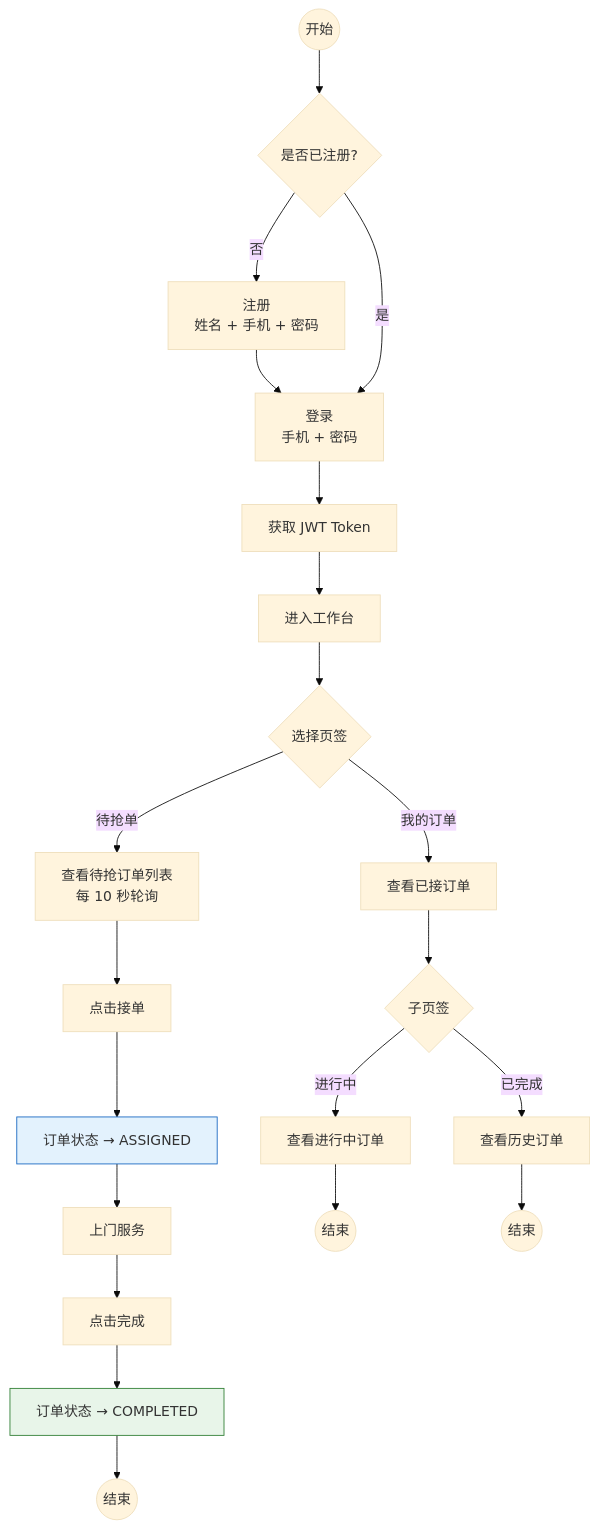
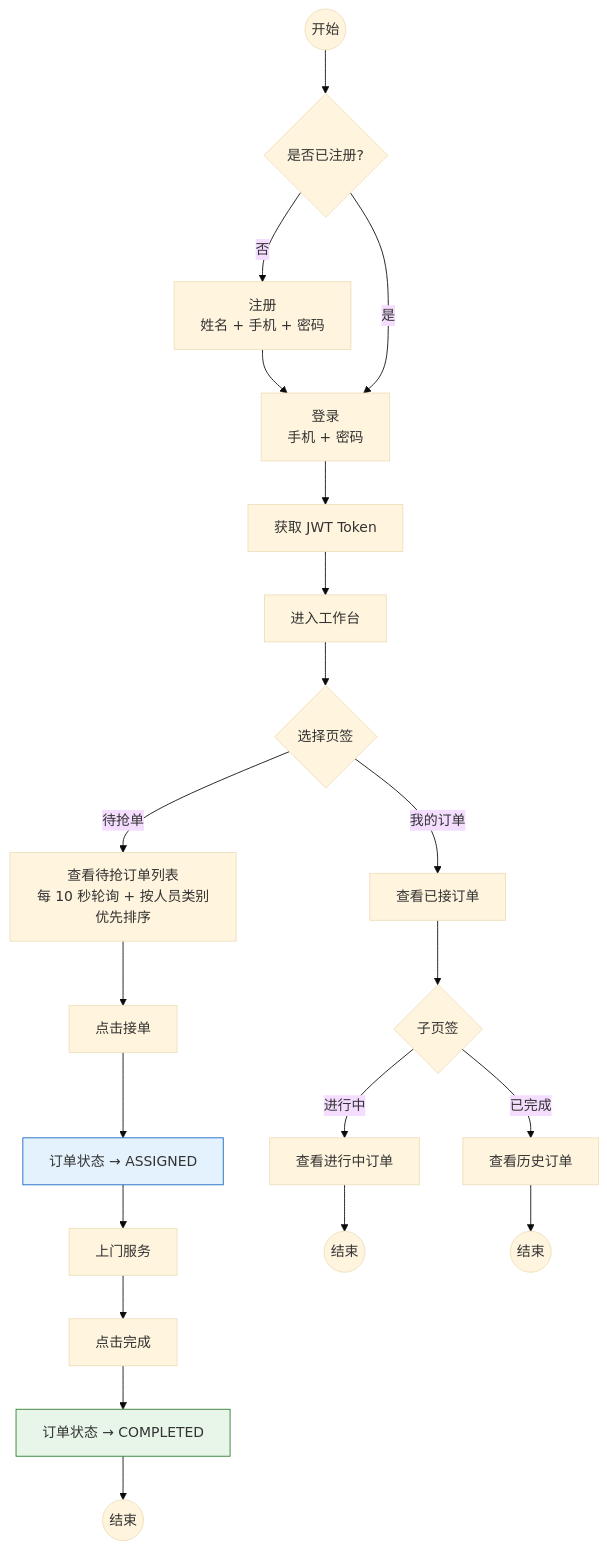
One commit to SeptThirteen/WeChat-Mini-Program changed the third of 3 diagrams in md/diagrams/04-业务流程图.md. Above: the diagram before and after it, drawn with Mermaid (base theme). The commit also changed other lines of this file and 151 other files, not shown here.

````diff
--- a/md/diagrams/04-业务流程图.md
+++ b/md/diagrams/04-业务流程图.md
@@ -65,30 +70,30 @@
 ```mermaid
 flowchart TD
     START((开始)) --> REG_CHK{是否已注册?}
     REG_CHK -->|否| REGISTER[注册<br/>姓名 + 手机 + 密码]
     REGISTER --> LOGIN
     REG_CHK -->|是| LOGIN[登录<br/>手机 + 密码]
 
     LOGIN --> TOKEN[获取 JWT Token]
     TOKEN --> DASH[进入工作台]
 
     DASH --> TAB{选择页签}
-    TAB -->|待抢单| PENDING[查看待抢订单列表<br/>每 10 秒轮询]
+    TAB -->|待抢单| PENDING[查看待抢订单列表<br/>每 10 秒轮询 + 按人员类别优先排序]
     TAB -->|我的订单| MY[查看已接订单]
 
     PENDING --> ACCEPT[点击接单]
     ACCEPT --> ASSIGNED[订单状态 → ASSIGNED]
     ASSIGNED --> DO_SERVICE[上门服务]
     DO_SERVICE --> FINISH[点击完成]
     FINISH --> COMPLETED[订单状态 → COMPLETED]
     COMPLETED --> END1((结束))
 
     MY --> MY_TAB{子页签}
     MY_TAB -->|进行中| ING[查看进行中订单]
     MY_TAB -->|已完成| DONE[查看历史订单]
     ING --> END2((结束))
     DONE --> END3((结束))
 
     style ASSIGNED fill:#e3f2fd,stroke:#1565c0
     style COMPLETED fill:#e8f5e9,stroke:#2e7d32
 ```
````
